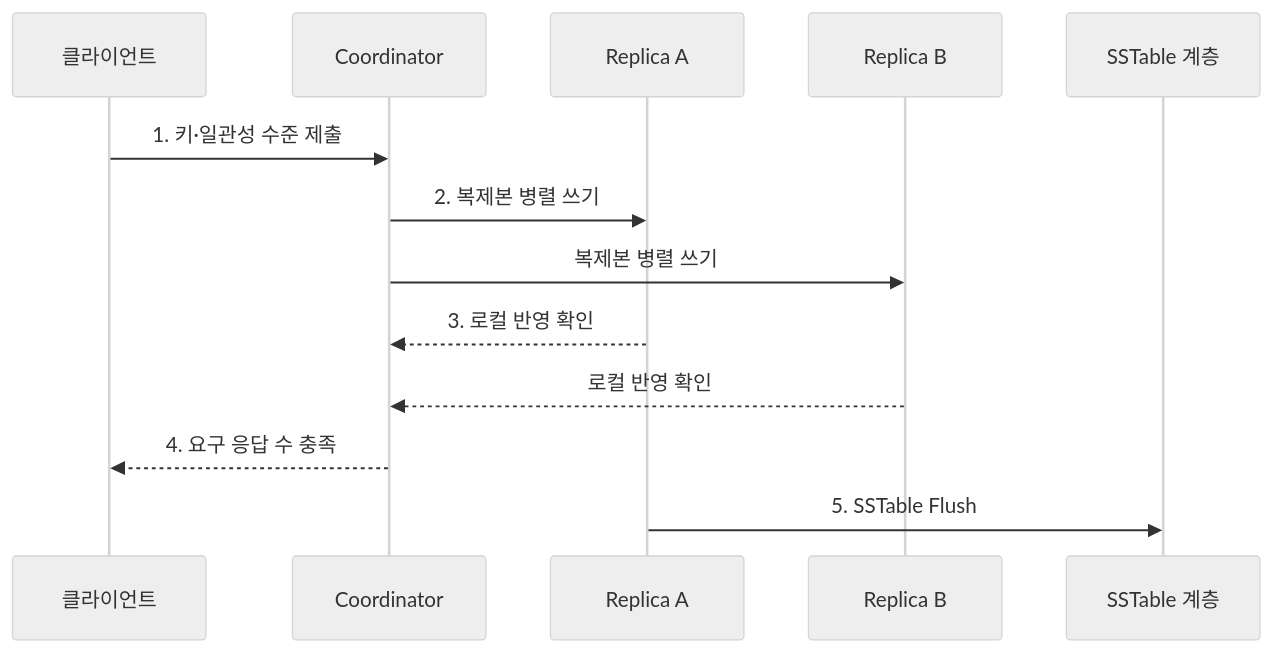
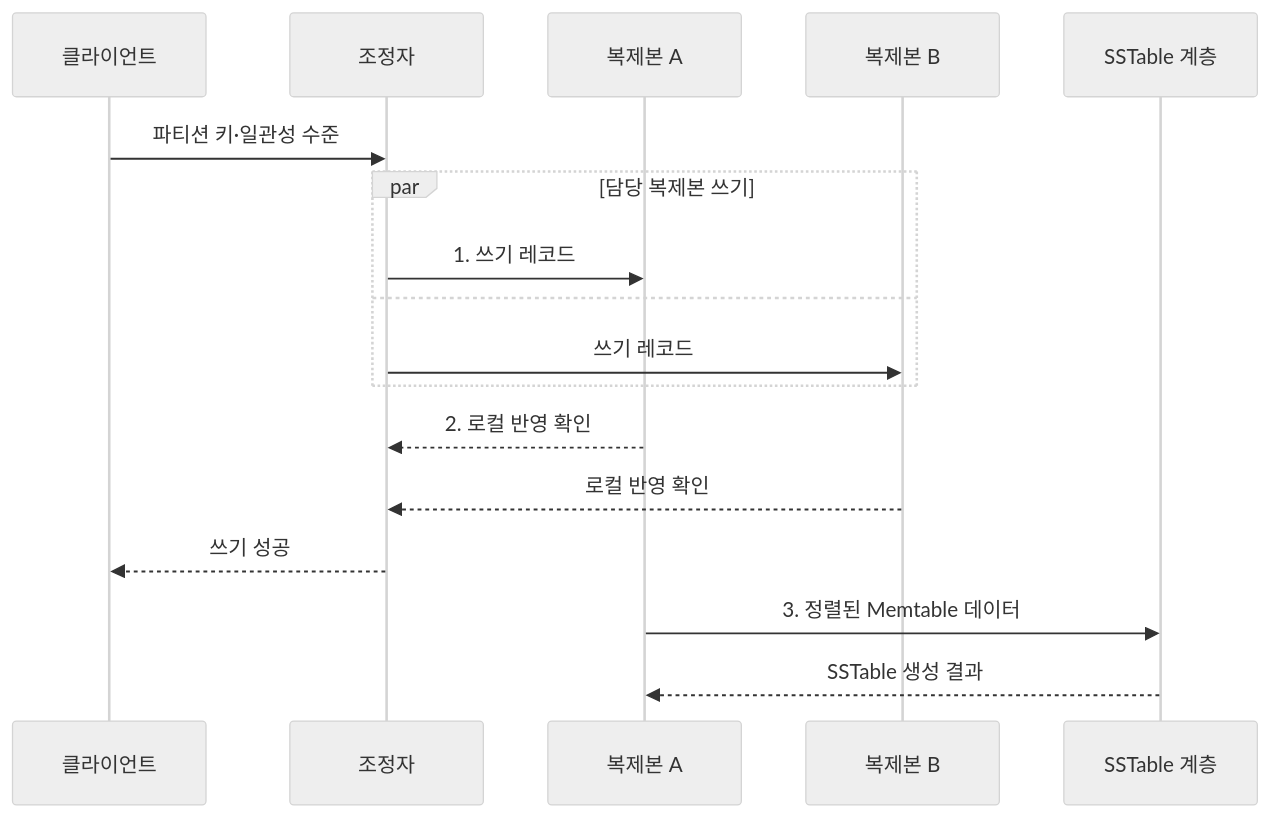
Before and after one commit to agnusdei1207/knowledge-base: the second of 2 diagrams in src/content/docs/notes/03-software/108_cassandra_column_family.md, drawn with Mermaid (neutral theme). The commit also changed other lines of this file and 20 other files, not shown here.

````diff
--- a/src/content/docs/notes/03-software/108_cassandra_column_family.md
+++ b/src/content/docs/notes/03-software/108_cassandra_column_family.md
@@ -89,15 +93,19 @@
 ```mermaid
 sequenceDiagram
     participant C as 클라이언트
-    participant O as Coordinator
-    participant A as Replica A
-    participant B as Replica B
+    participant O as 조정자
+    participant A as 복제본 A
+    participant B as 복제본 B
     participant S as SSTable 계층
-    C->>O: 1. 키·일관성 수준 제출
-    O->>A: 2. 복제본 병렬 쓰기
-    O->>B: 복제본 병렬 쓰기
-    A-->>O: 3. 로컬 반영 확인
+    C->>O: 파티션 키·일관성 수준
+    par 담당 복제본 쓰기
+        O->>A: 1. 쓰기 레코드
+    and
+        O->>B: 쓰기 레코드
+    end
+    A-->>O: 2. 로컬 반영 확인
     B-->>O: 로컬 반영 확인
-    O-->>C: 4. 요구 응답 수 충족
-    A->>S: 5. SSTable Flush
+    O-->>C: 쓰기 성공
+    A->>S: 3. 정렬된 Memtable 데이터
+    S-->>A: SSTable 생성 결과
 ```
````
